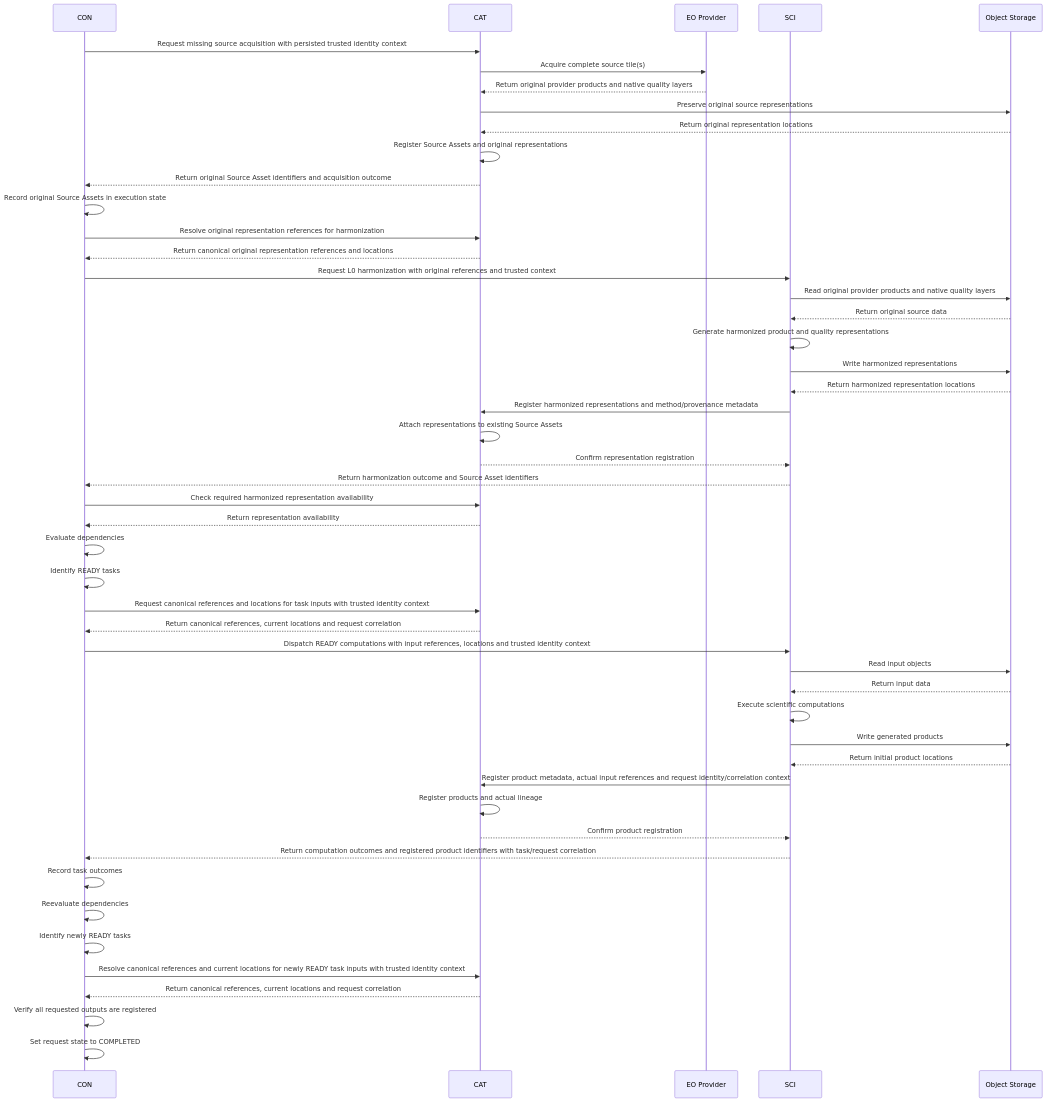
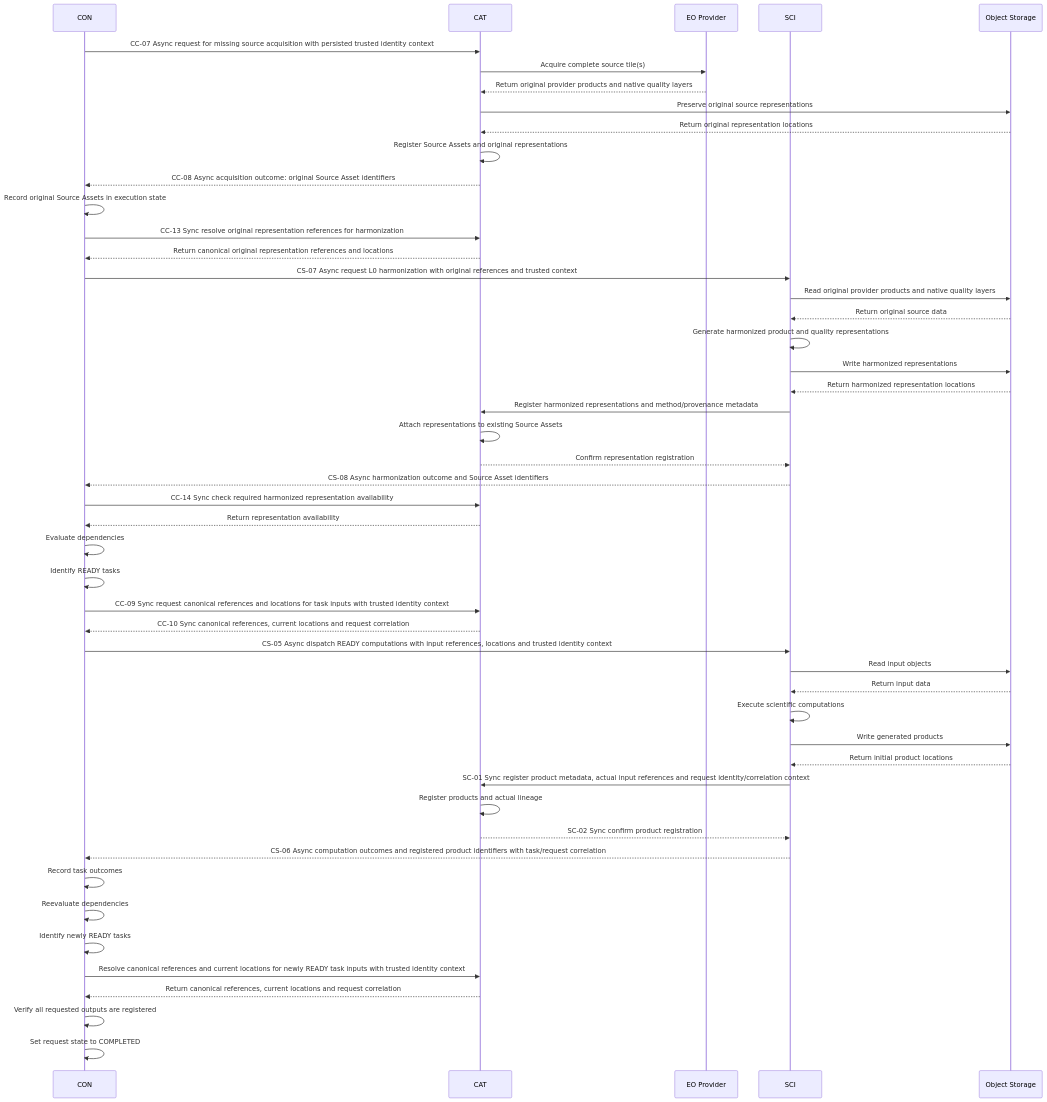
The diagram in documentation/architecture/sequence_diagrams/execute-analysis.md (arnaudsomville/MEOGAP), drawn with Mermaid before and after one commit. The commit also changed other lines of this file, not shown here.

Commit message:
Align sequence workflows with async decisions

````diff
--- a/documentation/architecture/sequence_diagrams/execute-analysis.md
+++ b/documentation/architecture/sequence_diagrams/execute-analysis.md
@@ -15,56 +15,56 @@
 ```mermaid
 sequenceDiagram
     participant CON
     participant CAT
     participant EO as EO Provider
     participant SCI
     participant S3 as Object Storage
 
-    CON->>CAT: Request missing source acquisition with persisted trusted identity context
+    CON->>CAT: CC-07 Async request for missing source acquisition with persisted trusted identity context
     CAT->>EO: Acquire complete source tile(s)
     EO-->>CAT: Return original provider products and native quality layers
     CAT->>S3: Preserve original source representations
     S3-->>CAT: Return original representation locations
     CAT->>CAT: Register Source Assets and original representations
-    CAT-->>CON: Return original Source Asset identifiers and acquisition outcome
+    CAT-->>CON: CC-08 Async acquisition outcome: original Source Asset identifiers
 
     CON->>CON: Record original Source Assets in execution state
-    CON->>CAT: Resolve original representation references for harmonization
+    CON->>CAT: CC-13 Sync resolve original representation references for harmonization
     CAT-->>CON: Return canonical original representation references and locations
-    CON->>SCI: Request L0 harmonization with original references and trusted context
+    CON->>SCI: CS-07 Async request L0 harmonization with original references and trusted context
     SCI->>S3: Read original provider products and native quality layers
     S3-->>SCI: Return original source data
     SCI->>SCI: Generate harmonized product and quality representations
     SCI->>S3: Write harmonized representations
     S3-->>SCI: Return harmonized representation locations
     SCI->>CAT: Register harmonized representations and method/provenance metadata
     CAT->>CAT: Attach representations to existing Source Assets
     CAT-->>SCI: Confirm representation registration
-    SCI-->>CON: Return harmonization outcome and Source Asset identifiers
-    CON->>CAT: Check required harmonized representation availability
+    SCI-->>CON: CS-08 Async harmonization outcome and Source Asset identifiers
+    CON->>CAT: CC-14 Sync check required harmonized representation availability
     CAT-->>CON: Return representation availability
 
     CON->>CON: Evaluate dependencies
     CON->>CON: Identify READY tasks
-    CON->>CAT: Request canonical references and locations for task inputs with trusted identity context
-    CAT-->>CON: Return canonical references, current locations and request correlation
-    CON->>SCI: Dispatch READY computations with input references, locations and trusted identity context
+    CON->>CAT: CC-09 Sync request canonical references and locations for task inputs with trusted identity context
+    CAT-->>CON: CC-10 Sync canonical references, current locations and request correlation
+    CON->>SCI: CS-05 Async dispatch READY computations with input references, locations and trusted identity context
 
     SCI->>S3: Read input objects
     S3-->>SCI: Return input data
     SCI->>SCI: Execute scientific computations
     SCI->>S3: Write generated products
     S3-->>SCI: Return initial product locations
-    SCI->>CAT: Register product metadata, actual input references and request identity/correlation context
+    SCI->>CAT: SC-01 Sync register product metadata, actual input references and request identity/correlation context
     CAT->>CAT: Register products and actual lineage
-    CAT-->>SCI: Confirm product registration
-    SCI-->>CON: Return computation outcomes and registered product identifiers with task/request correlation
+    CAT-->>SCI: SC-02 Sync confirm product registration
+    SCI-->>CON: CS-06 Async computation outcomes and registered product identifiers with task/request correlation
     CON->>CON: Record task outcomes
     CON->>CON: Reevaluate dependencies
     CON->>CON: Identify newly READY tasks
     CON->>CAT: Resolve canonical references and current locations for newly READY task inputs with trusted identity context
     CAT-->>CON: Return canonical references, current locations and request correlation
 
     CON->>CON: Verify all requested outputs are registered
     CON->>CON: Set request state to COMPLETED
 ```
````
